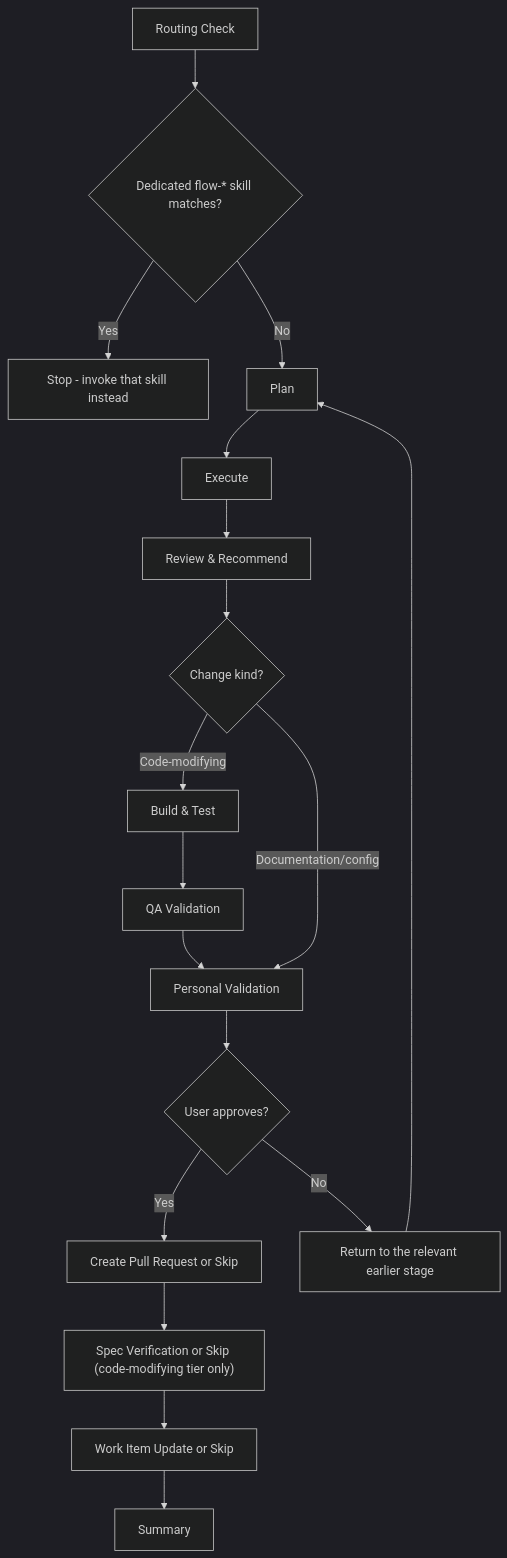
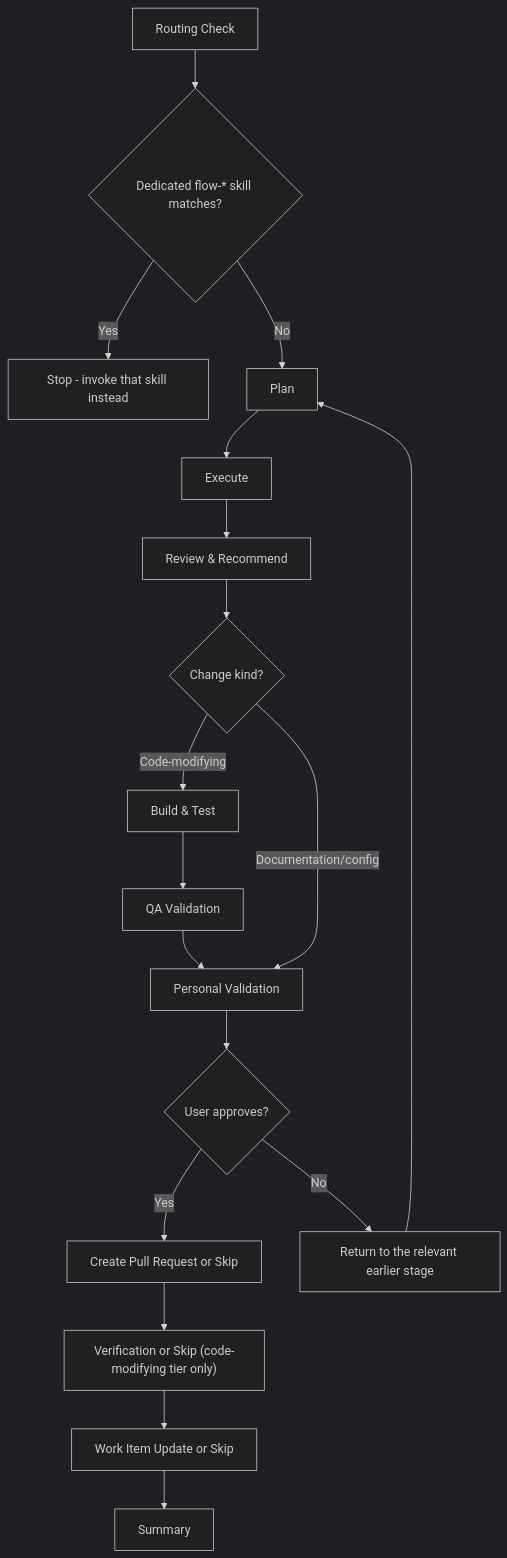
Diagram 16 of 16 in plugins/delivery/FLOW-DIAGRAMS.md (JSdotNet/devbook), drawn with Mermaid (dark theme) before and after one commit. The commit also changed other lines of this file and 30 other files, not shown here.

````diff
--- a/plugins/delivery/FLOW-DIAGRAMS.md
+++ b/plugins/delivery/FLOW-DIAGRAMS.md
@@ -476,20 +476,20 @@
 ```mermaid
 flowchart TD
     A["Routing Check"] --> Z{Dedicated flow-* skill matches?}
     Z -->|Yes| Y["Stop - invoke that skill instead"]
     Z -->|No| B["Plan"]
     B --> C["Execute"]
     C --> D["Review & Recommend"]
     D --> K{Change kind?}
     K -->|Code-modifying| E["Build & Test"]
     E --> F["QA Validation"]
     F --> G["Personal Validation"]
     K -->|Documentation/config| G
     G --> H{User approves?}
     H -->|Yes| I["Create Pull Request or Skip"]
     H -->|No| J["Return to the relevant earlier stage"]
     J --> B
-    I --> V["Spec Verification or Skip (code-modifying tier only)"]
+    I --> V["Verification or Skip (code-modifying tier only)"]
     V --> U["Work Item Update or Skip"]
     U --> S["Summary"]
 ```
````
